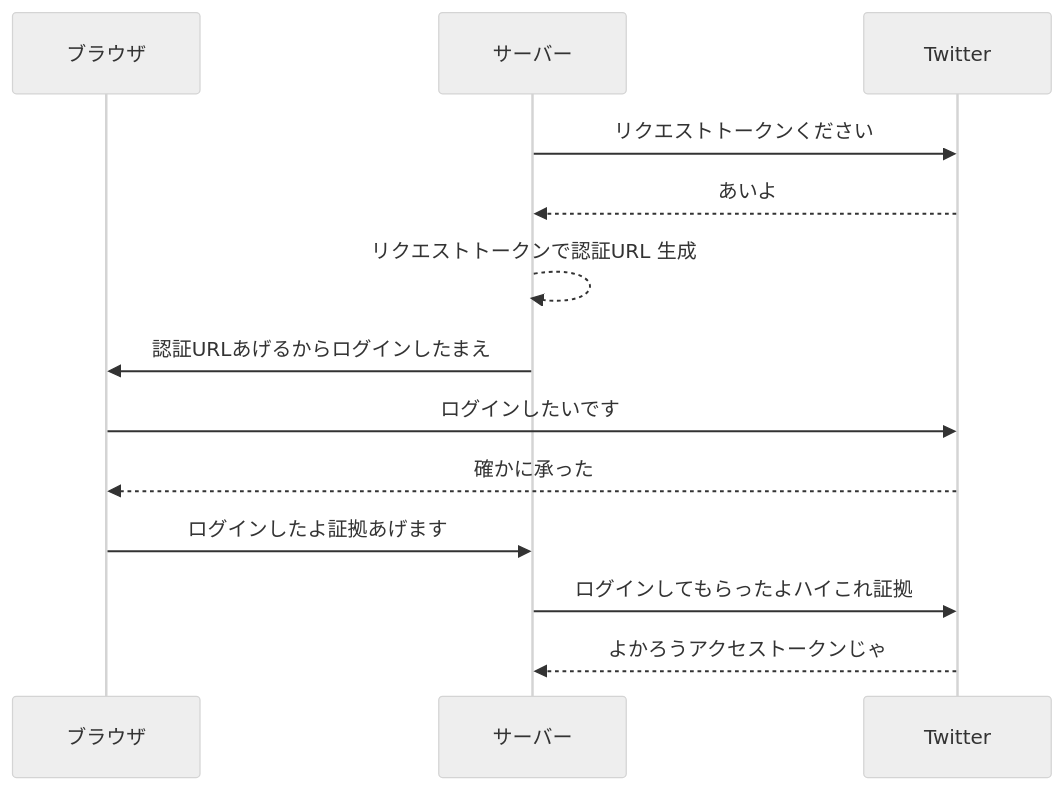
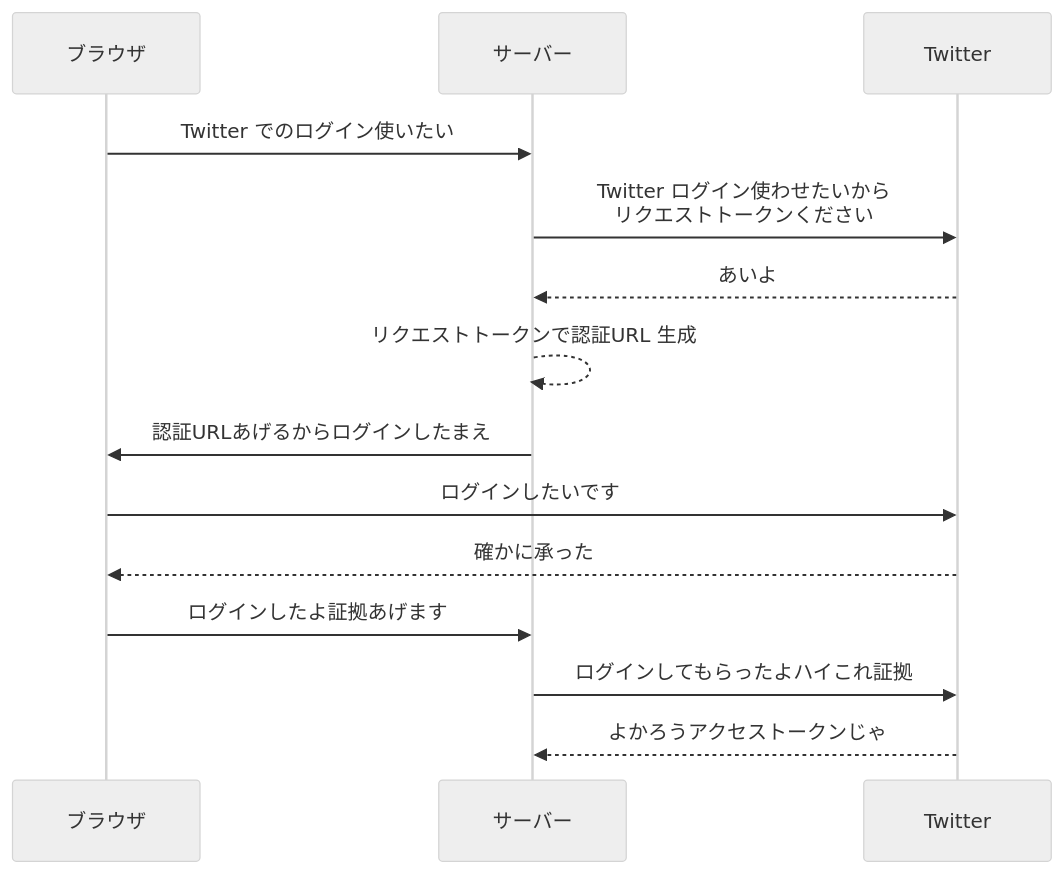
Before and after one commit to kitsystemyou/python-oauth2-token: the diagram in sequence.md, drawn with Mermaid (neutral theme). The commit also changed 1 other file, not shown here.

````diff
--- a/sequence.md
+++ b/sequence.md
@@ -1,15 +1,16 @@
 ```mermaid
 sequenceDiagram
 participant c as ブラウザ
 participant s as サーバー
 participant t as Twitter
-    s->>t: リクエストトークンください
+    c->>s: Twitter でのログイン使いたい
+    s->>t: Twitter ログイン使わせたいから<br>リクエストトークンください
     t-->>s: あいよ
     s-->>s: リクエストトークンで認証URL 生成
     s->>c: 認証URLあげるからログインしたまえ
     c->>t: ログインしたいです
     t-->>c: 確かに承った
     c->>s: ログインしたよ証拠あげます
     s->>t: ログインしてもらったよハイこれ証拠
     t-->>s: よかろうアクセストークンじゃ
 ``` 
````
